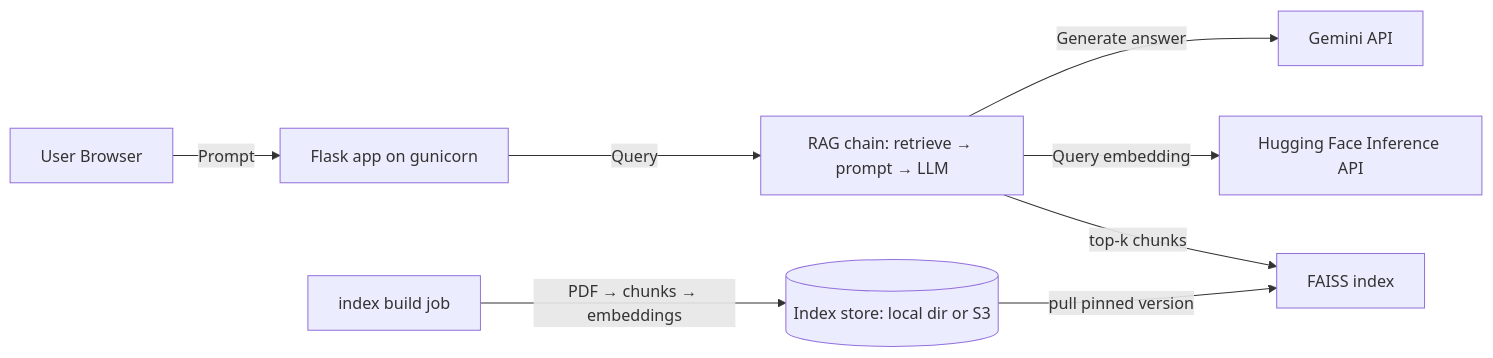
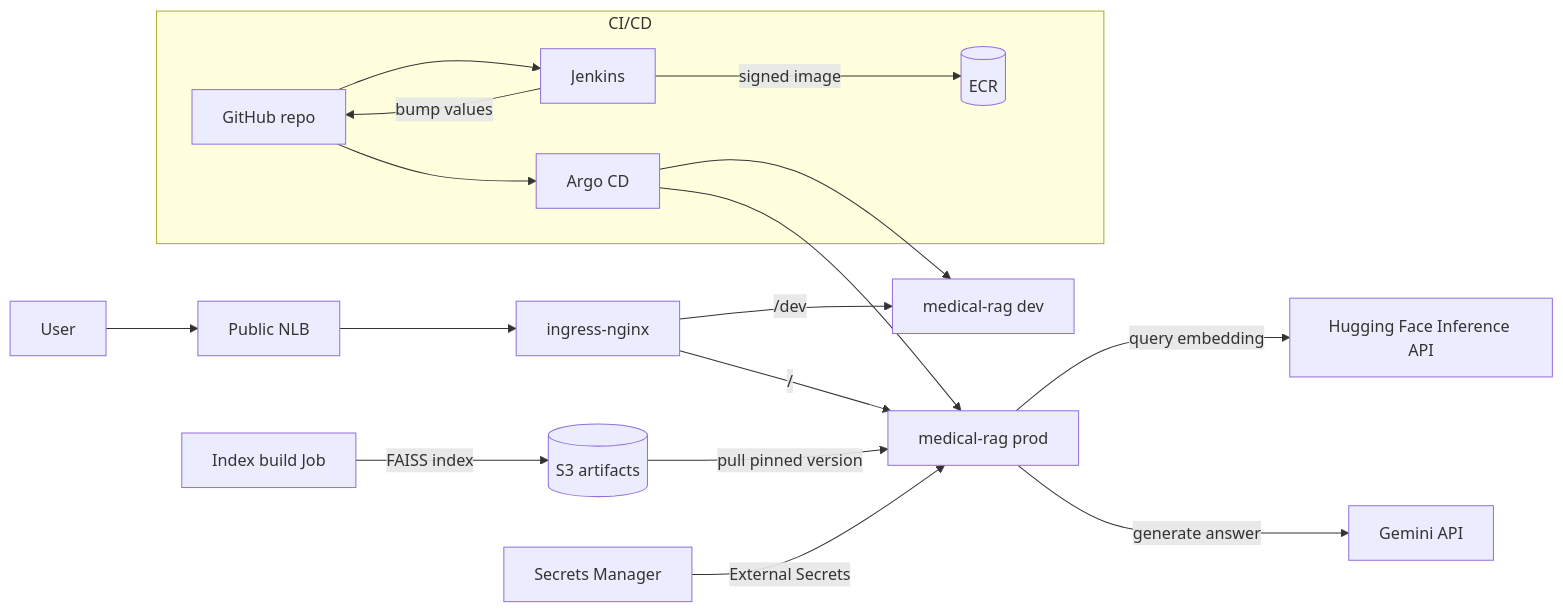
The diagram in README.md (biabeogo147/Medical-RAG-Chatbot), drawn with Mermaid before and after one commit. The commit also changed other lines of this file and 1 other file, not shown here.

````diff
--- a/README.md
+++ b/README.md
@@ -15,10 +16,20 @@
 ```mermaid
 flowchart LR
-    A[User Browser] -->|Prompt| B[Flask app on gunicorn]
-    B -->|Query| C[RAG chain: retrieve → prompt → LLM]
-    C -->|top-k chunks| D[FAISS index]
-    C -->|Query embedding| E[Hugging Face Inference API]
-    C -->|Generate answer| G[Gemini API]
-    J[index build job] -->|PDF → chunks → embeddings| S[(Index store: local dir or S3)]
-    S -->|pull pinned version| D
+    U[User] --> NLB[Public NLB] --> ING[ingress-nginx]
+    ING -->|"/dev"| DEV[medical-rag dev]
+    ING -->|"/"| PROD[medical-rag prod]
+    PROD -->|query embedding| HF[Hugging Face Inference API]
+    PROD -->|generate answer| GM[Gemini API]
+    JOB[Index build Job] -->|FAISS index| S3[(S3 artifacts)]
+    S3 -->|pull pinned version| PROD
+    SM[Secrets Manager] -->|External Secrets| PROD
+
+    subgraph CICD [CI/CD]
+      GIT[GitHub repo] --> JK[Jenkins] -->|signed image| ECR[(ECR)]
+      JK -->|bump values| GIT
+      GIT --> ARGO[Argo CD]
+    end
+
+    ARGO --> DEV
+    ARGO --> PROD
 ```
````
